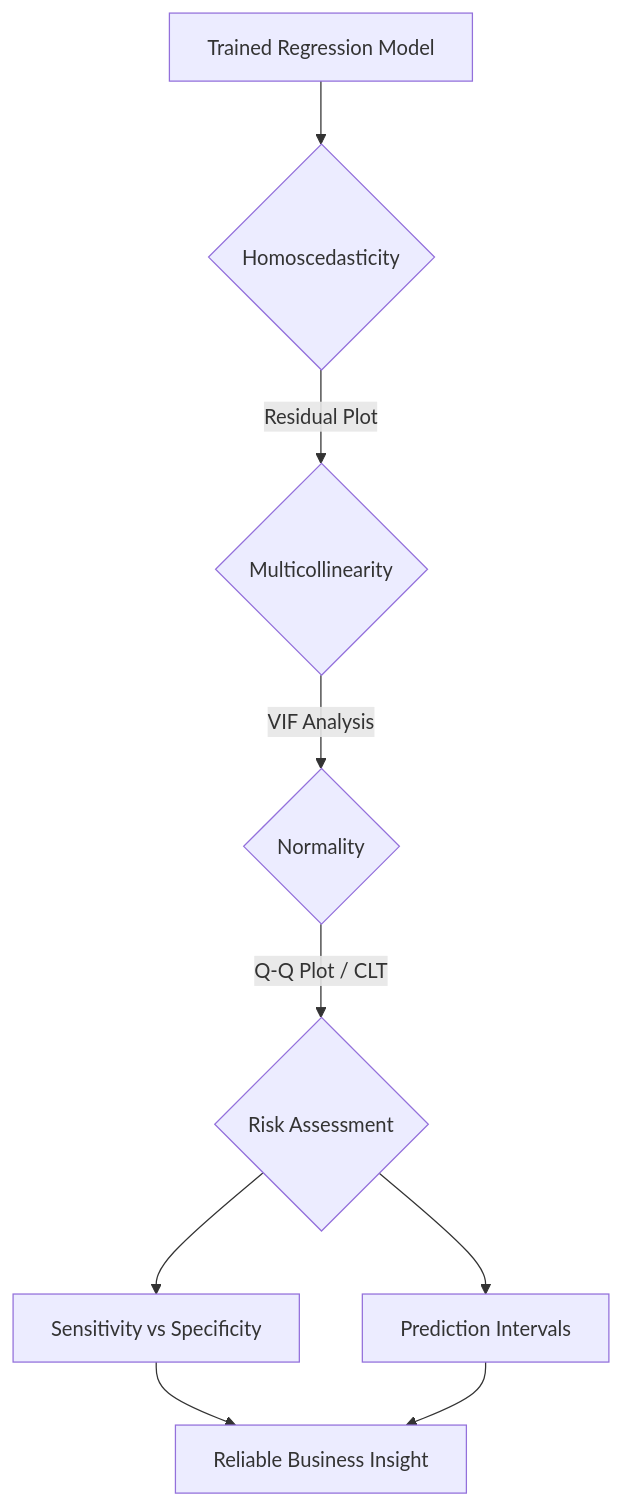
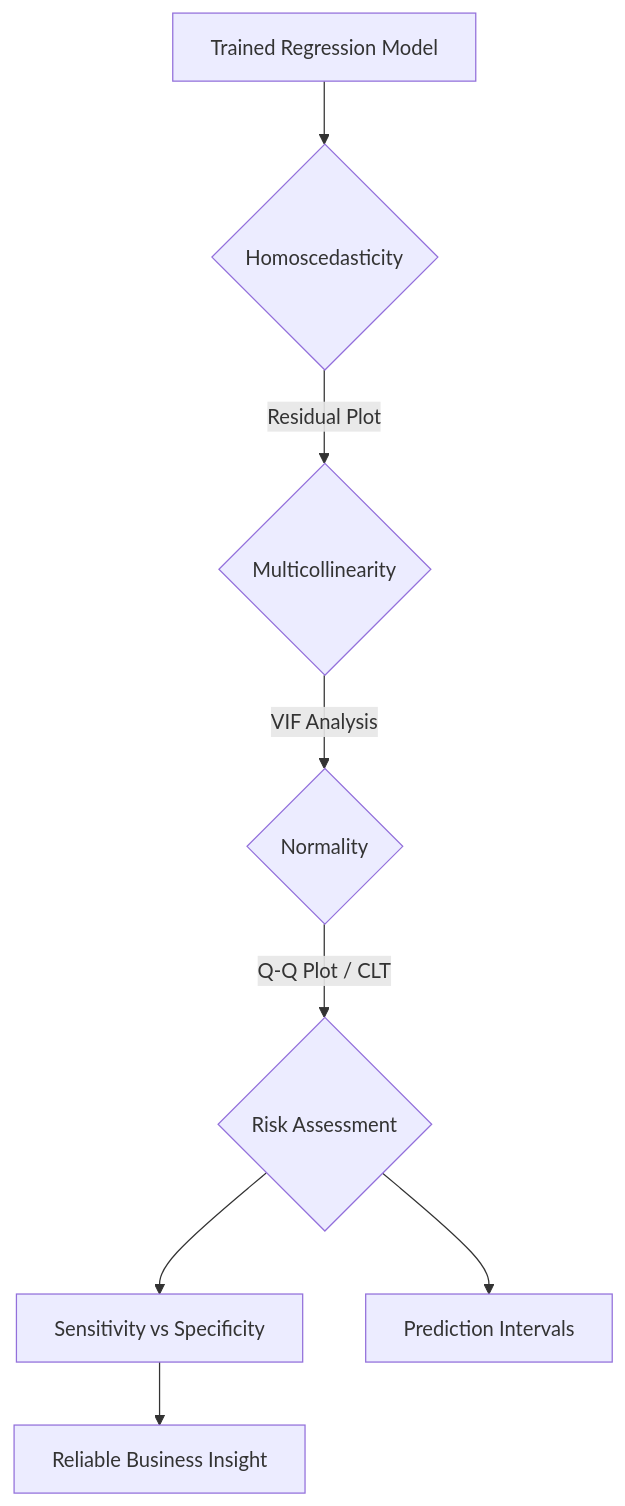
Before and after one commit to susanavenda/data_cambridge: the tenth of 14 diagrams in README.md, drawn with Mermaid. The commit also changed other lines of this file, not shown here.

````diff
--- a/README.md
+++ b/README.md
@@ -276,14 +210,11 @@
 ```mermaid
 graph TD
     Model[Trained Regression Model] --> Check1{Homoscedasticity}
     Check1 -- "Residual Plot" --> Check2{Multicollinearity}
     Check2 -- "VIF Analysis" --> Check3{Normality}
     Check3 -- "Q-Q Plot / CLT" --> Check4{Risk Assessment}
-    
     Check4 --> Sens[Sensitivity vs Specificity]
     Check4 --> PI[Prediction Intervals]
-    
     Sens --> Final[Reliable Business Insight]
-    PI --> Final
 
 ```
````
